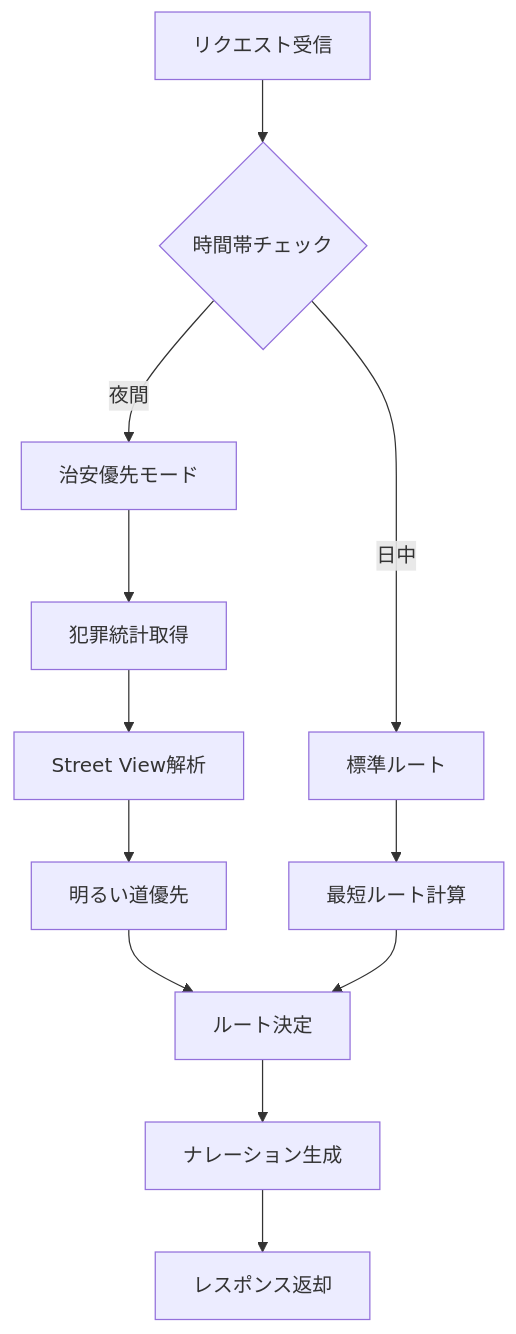
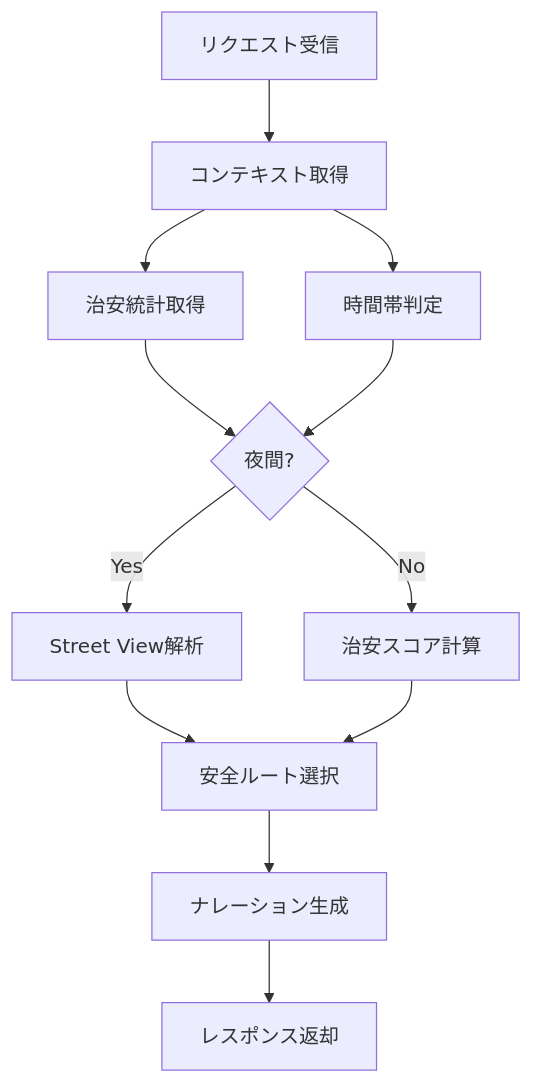
One commit to Ryg-appdev/safe-routing-ai-navigation changed the second of 3 diagrams in Docs/確定/04_基本設計書.md. Above: the diagram before and after it, drawn with Mermaid. The commit also changed other lines of this file and 6 other files, not shown here.

````diff
--- a/Docs/確定/04_基本設計書.md
+++ b/Docs/確定/04_基本設計書.md
@@ -79,14 +78,14 @@
 ```mermaid
 flowchart TD
-    A[リクエスト受信] --> B{時間帯チェック}
-    B -->|夜間| C[治安優先モード]
-    B -->|日中| D[標準ルート]
-    C --> E[犯罪統計取得]
-    E --> F[Street View解析]
-    F --> G[明るい道優先]
-    D --> H[最短ルート計算]
-    G --> I[ルート決定]
-    H --> I
-    I --> J[ナレーション生成]
-    J --> K[レスポンス返却]
+    A["リクエスト受信"] --> B["コンテキスト取得"]
+    B --> C["治安統計取得"]
+    B --> D["時間帯判定"]
+    C --> E{"夜間?"}
+    D --> E
+    E -->|Yes| F["Street View解析"]
+    E -->|No| G["治安スコア計算"]
+    F --> H["安全ルート選択"]
+    G --> H
+    H --> I["ナレーション生成"]
+    I --> J["レスポンス返却"]
 ```
````
